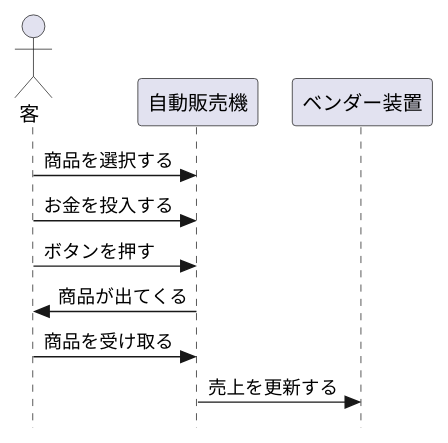
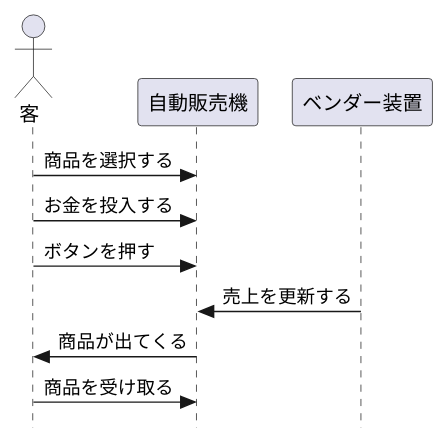
Before and after one commit to github-use-a/uml-introduction: the diagram in 演習6-4-3_シーケンス図_自動販売機.pu, drawn with PlantUML. The commit also changed 1 other file, not shown here.

```diff
--- a/演習6-4-3_シーケンス図_自動販売機.pu
+++ b/演習6-4-3_シーケンス図_自動販売機.pu
@@ -1,16 +1,16 @@
 @startuml 客が自動販売機から商品を手に取るまでのシーケンス図
 hide footbox
 skinparam style strictuml /' 厳密なUMLに準拠する'/
 Actor 客 as user
 participant "自動販売機" as vendingmachine
 participant "ベンダー装置" as vendorequipment
 
 user -> vendingmachine : 商品を選択する
 user -> vendingmachine: お金を投入する
 user -> vendingmachine : ボタンを押す
+vendorequipment -> vendingmachine : 売上を更新する
 vendingmachine -> user: 商品が出てくる
 user -> vendingmachine : 商品を受け取る
-vendingmachine -> vendorequipment : 売上を更新する
 
 
 @enduml
```
